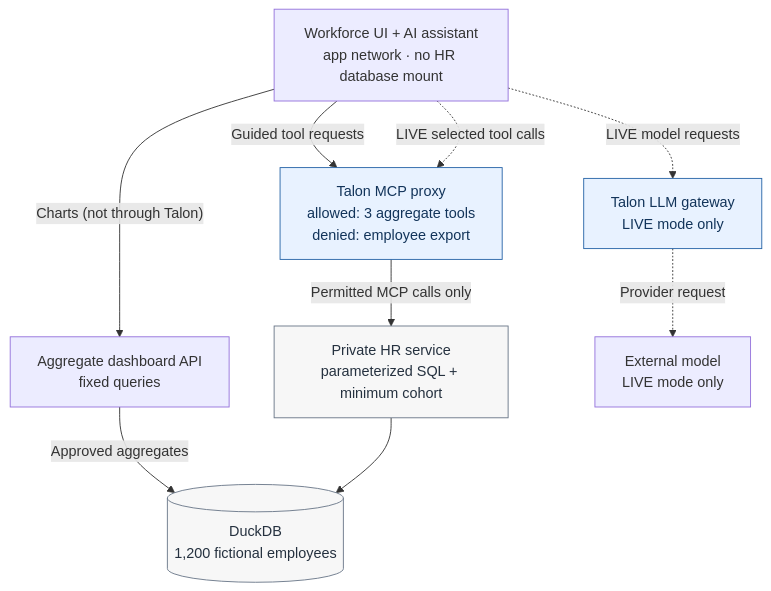
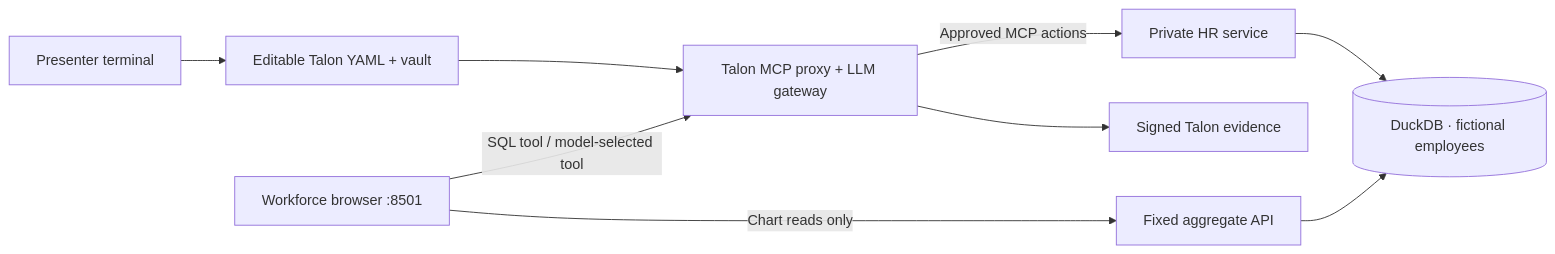
The diagram in cases/people-analytics-copilot/README.md (dativo-io/talon-full-demo), drawn with Mermaid before and after one commit. The commit also changed other lines of this file and 6 other files, not shown here.

````diff
--- a/cases/people-analytics-copilot/README.md
+++ b/cases/people-analytics-copilot/README.md
@@ -48,24 +11,11 @@
 ```mermaid
-flowchart TB
-    U["Workforce UI + AI assistant<br/>app network · no HR database mount"]
-    D["Aggregate dashboard API<br/>fixed queries"]
-    GW["Talon LLM gateway<br/>LIVE mode only"]
-    MCP["Talon MCP proxy<br/>allowed: 3 aggregate tools<br/>denied: employee export"]
-    HR["Private HR service<br/>parameterized SQL + minimum cohort"]
-    DB[("DuckDB<br/>1,200 fictional employees")]
-    MODEL["External model<br/>LIVE mode only"]
-
-    U -->|"Charts (not through Talon)"| D
-    D -->|"Approved aggregates"| DB
-    U -->|"Guided tool requests"| MCP
-    U -.->|"LIVE model requests"| GW
-    GW -.->|"Provider request"| MODEL
-    U -.->|"LIVE selected tool calls"| MCP
-    MCP -->|"Permitted MCP calls only"| HR
-    HR --> DB
-
-    classDef guarded fill:#e8f2ff,stroke:#2563a6,color:#12345a
-    classDef private fill:#f7f7f7,stroke:#687587,color:#25313f
-    class MCP,GW guarded
-    class HR,DB private
+flowchart LR
+    P["Presenter terminal"] --> C["Editable Talon YAML + vault"]
+    C --> T["Talon MCP proxy + LLM gateway"]
+    U["Workforce browser :8501"] -->|"SQL tool / model-selected tool"| T
+    U -->|"Chart reads only"| A["Fixed aggregate API"]
+    T -->|"Approved MCP actions"| H["Private HR service"]
+    H --> D[("DuckDB · fictional employees")]
+    A --> D
+    T --> E["Signed Talon evidence"]
 ```
````
